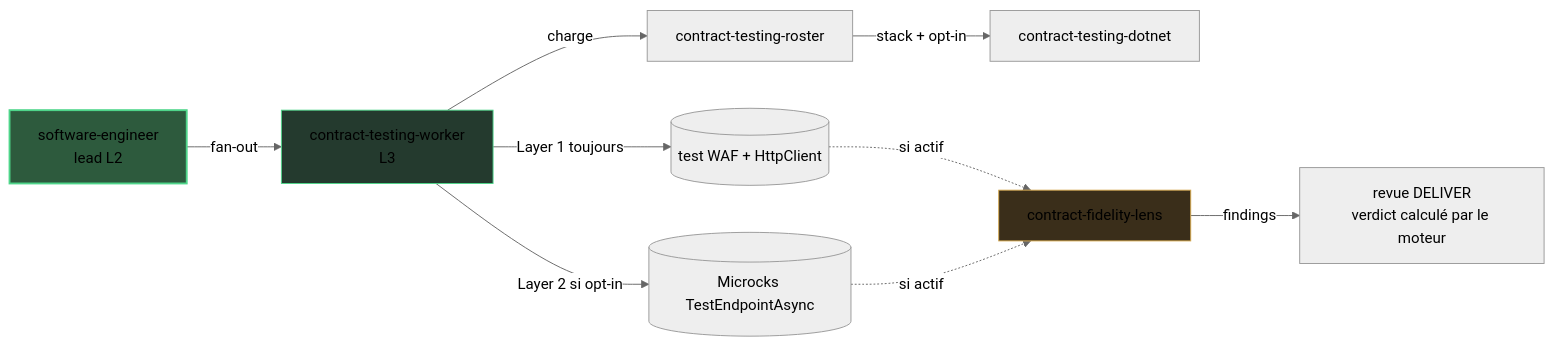
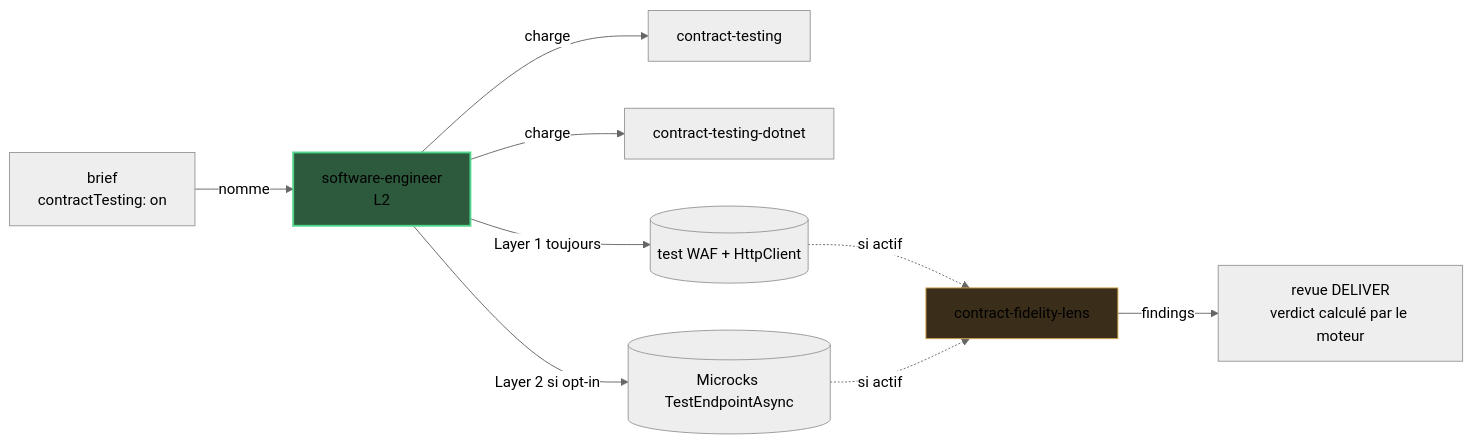
One commit to SebastienDegodez/skraft-plugin changed the diagram in docs/site/fr/explanation/deep-dive/contract-testing.md. Above: the diagram before and after it, drawn with Mermaid (neutral theme). The commit also changed other lines of this file and 70 other files, not shown here.

````diff
--- a/docs/site/fr/explanation/deep-dive/contract-testing.md
+++ b/docs/site/fr/explanation/deep-dive/contract-testing.md
@@ -28,15 +30,14 @@
 ```mermaid
 graph LR
-    SE[software-engineer<br/>lead L2] -->|fan-out| CTW[contract-testing-worker<br/>L3]
-    CTW -->|charge| RST[contract-testing-roster]
-    RST -->|stack + opt-in| CTD[contract-testing-dotnet]
-    CTW -->|Layer 1 toujours| BL[(test WAF + HttpClient)]
-    CTW -->|Layer 2 si opt-in| MC[(Microcks TestEndpointAsync)]
+    BR[brief<br/>contractTesting: on] -->|nomme| SE[software-engineer<br/>L2]
+    SE -->|charge| CT[contract-testing]
+    SE -->|charge| CTD[contract-testing-dotnet]
+    SE -->|Layer 1 toujours| BL[(test WAF + HttpClient)]
+    SE -->|Layer 2 si opt-in| MC[(Microcks TestEndpointAsync)]
     BL -.si actif.-> CFL[contract-fidelity-lens]
     MC -.si actif.-> CFL
     CFL -->|findings| DR[revue DELIVER<br/>verdict calculé par le moteur]
 
     style SE fill:#2d5a3d,stroke:#4ed58a,stroke-width:2px
-    style CTW fill:#243a2e,stroke:#4ed58a
     style CFL fill:#3a2e1a,stroke:#d5a84e
 ```
````
